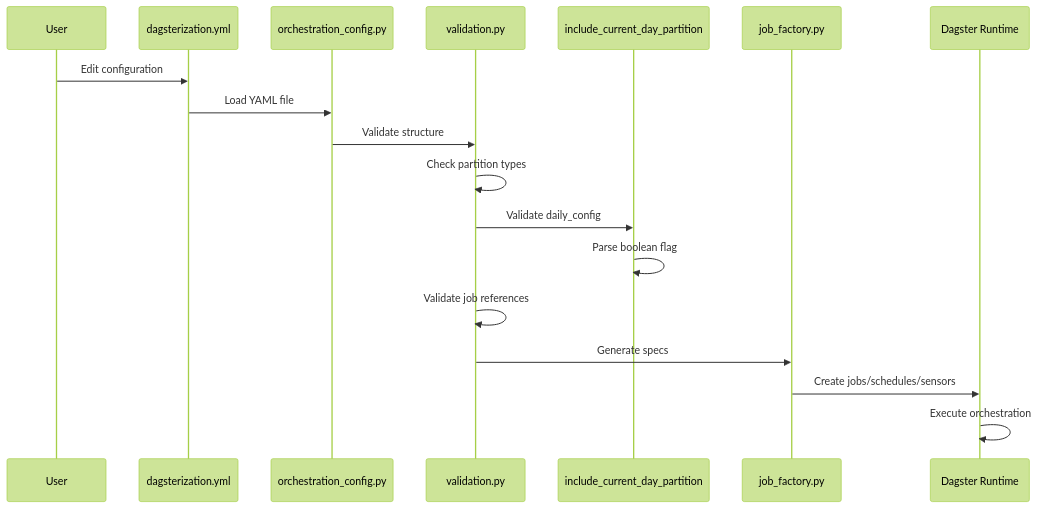
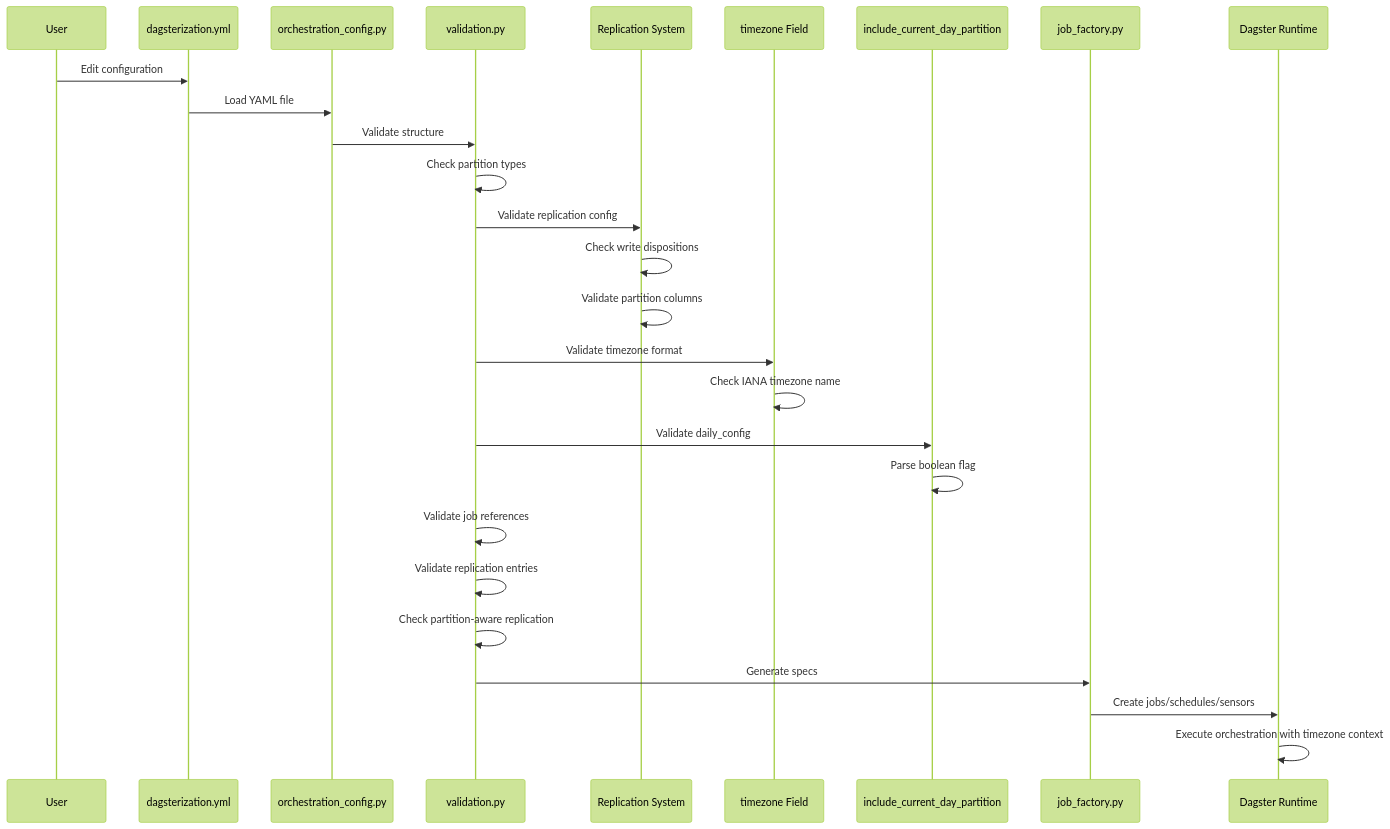
Before and after one commit to metasync/dbt-dagsterizer: the third of 14 diagrams in .qoder/repowiki/en/content/Core Concepts/Dagsterization YAML Configuration.md, drawn with Mermaid (forest theme). The commit also changed other lines of this file and 3 other files, not shown here.

````diff
--- a/.qoder/repowiki/en/content/Core Concepts/Dagsterization YAML Configuration.md
+++ b/.qoder/repowiki/en/content/Core Concepts/Dagsterization YAML Configuration.md
@@ -135,20 +164,29 @@
 ```mermaid
 sequenceDiagram
 participant User as User
 participant YAML as dagsterization.yml
 participant Loader as orchestration_config.py
 participant Validator as validation.py
+participant Replication as Replication System
+participant Timezone as timezone Field
 participant EndOffset as include_current_day_partition
 participant Factory as job_factory.py
 participant Runtime as Dagster Runtime
 User->>YAML : Edit configuration
 YAML->>Loader : Load YAML file
 Loader->>Validator : Validate structure
 Validator->>Validator : Check partition types
+Validator->>Replication : Validate replication config
+Replication->>Replication : Check write dispositions
+Replication->>Replication : Validate partition columns
+Validator->>Timezone : Validate timezone format
+Timezone->>Timezone : Check IANA timezone name
 Validator->>EndOffset : Validate daily_config
 EndOffset->>EndOffset : Parse boolean flag
 Validator->>Validator : Validate job references
+Validator->>Validator : Validate replication entries
+Validator->>Validator : Check partition-aware replication
 Validator->>Factory : Generate specs
 Factory->>Runtime : Create jobs/schedules/sensors
-Runtime->>Runtime : Execute orchestration
+Runtime->>Runtime : Execute orchestration with timezone context
 ```
````
